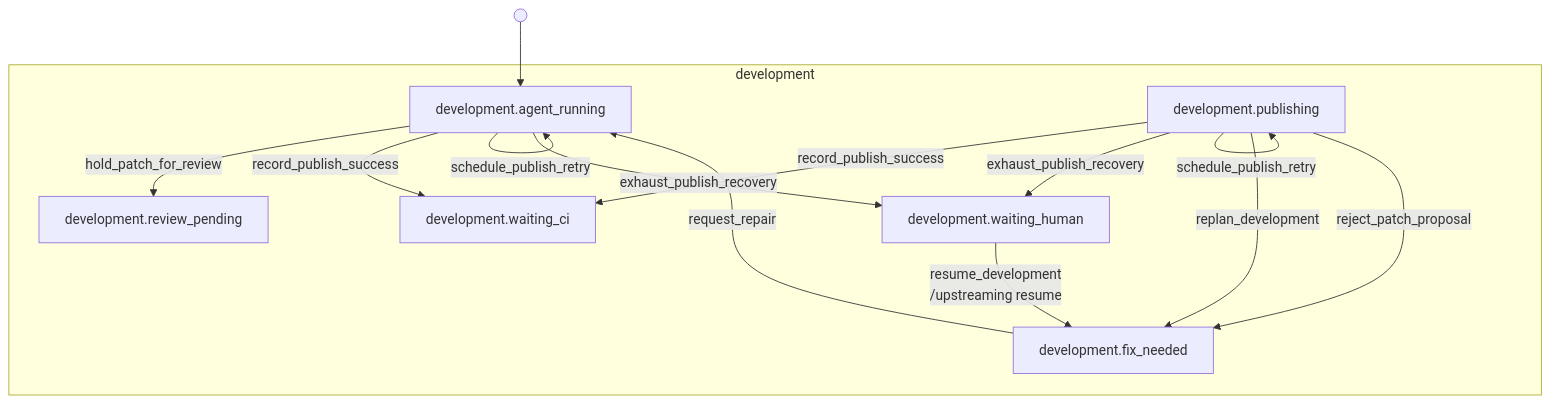
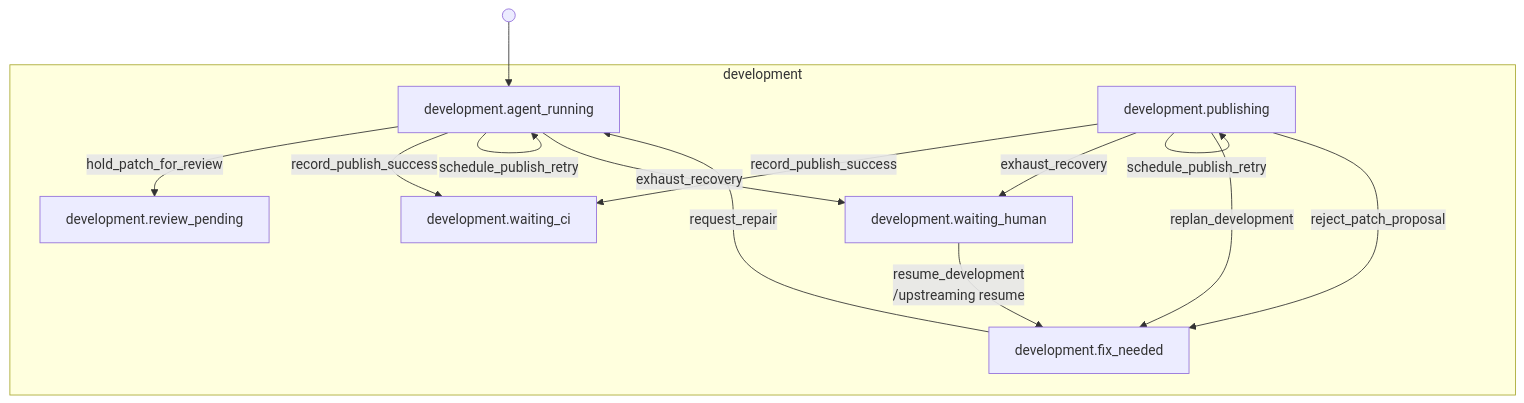
The eighth of 36 diagrams in docs/state-machine/index.md (riseproject-dev/porting-agent), drawn with Mermaid before and after one commit. The commit also changed other lines of this file and 32 other files, not shown here.

````diff
--- a/docs/state-machine/index.md
+++ b/docs/state-machine/index.md
@@ -343,24 +340,24 @@
 ```mermaid
 flowchart TB
     subgraph development["development"]
         development_agent_running["development.agent_running"]
         development_publishing["development.publishing"]
         development_fix_needed["development.fix_needed"]
         development_waiting_human["development.waiting_human"]
         development_waiting_ci["development.waiting_ci"]
         development_review_pending["development.review_pending"]
     end
 
     start_1(( )) --> development_agent_running
     development_agent_running -->|hold_patch_for_review| development_review_pending
     development_agent_running -->|record_publish_success| development_waiting_ci
     development_agent_running -->|schedule_publish_retry| development_agent_running
-    development_agent_running -->|exhaust_publish_recovery| development_waiting_human
+    development_agent_running -->|exhaust_recovery| development_waiting_human
     development_publishing -->|record_publish_success| development_waiting_ci
     development_publishing -->|schedule_publish_retry| development_publishing
-    development_publishing -->|exhaust_publish_recovery| development_waiting_human
+    development_publishing -->|exhaust_recovery| development_waiting_human
     development_publishing -->|replan_development| development_fix_needed
     development_publishing -->|reject_patch_proposal| development_fix_needed
     development_waiting_human -->|resume_development<br/>/upstreaming resume| development_fix_needed
     development_fix_needed -->|request_repair| development_agent_running
 ```
````
